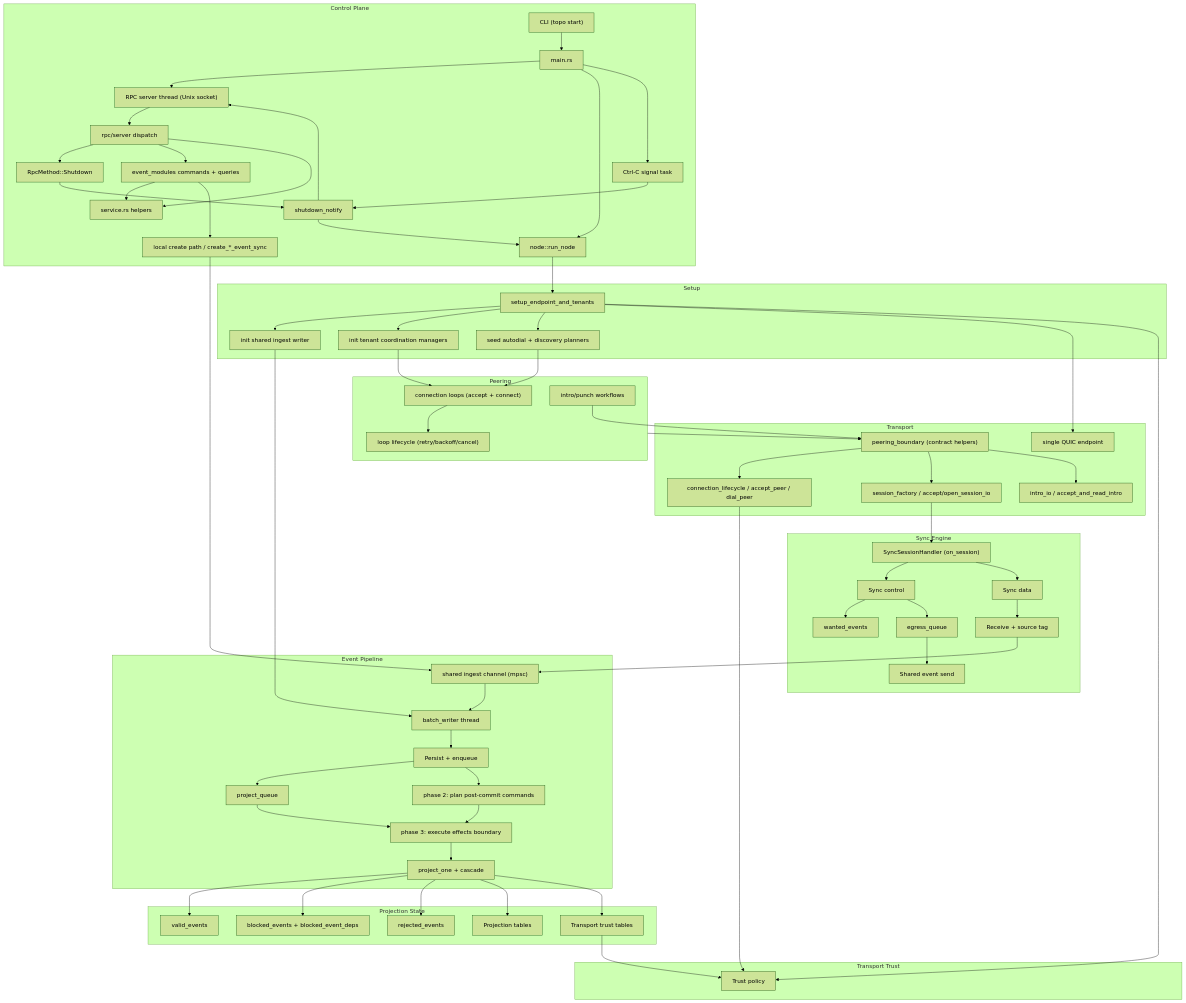
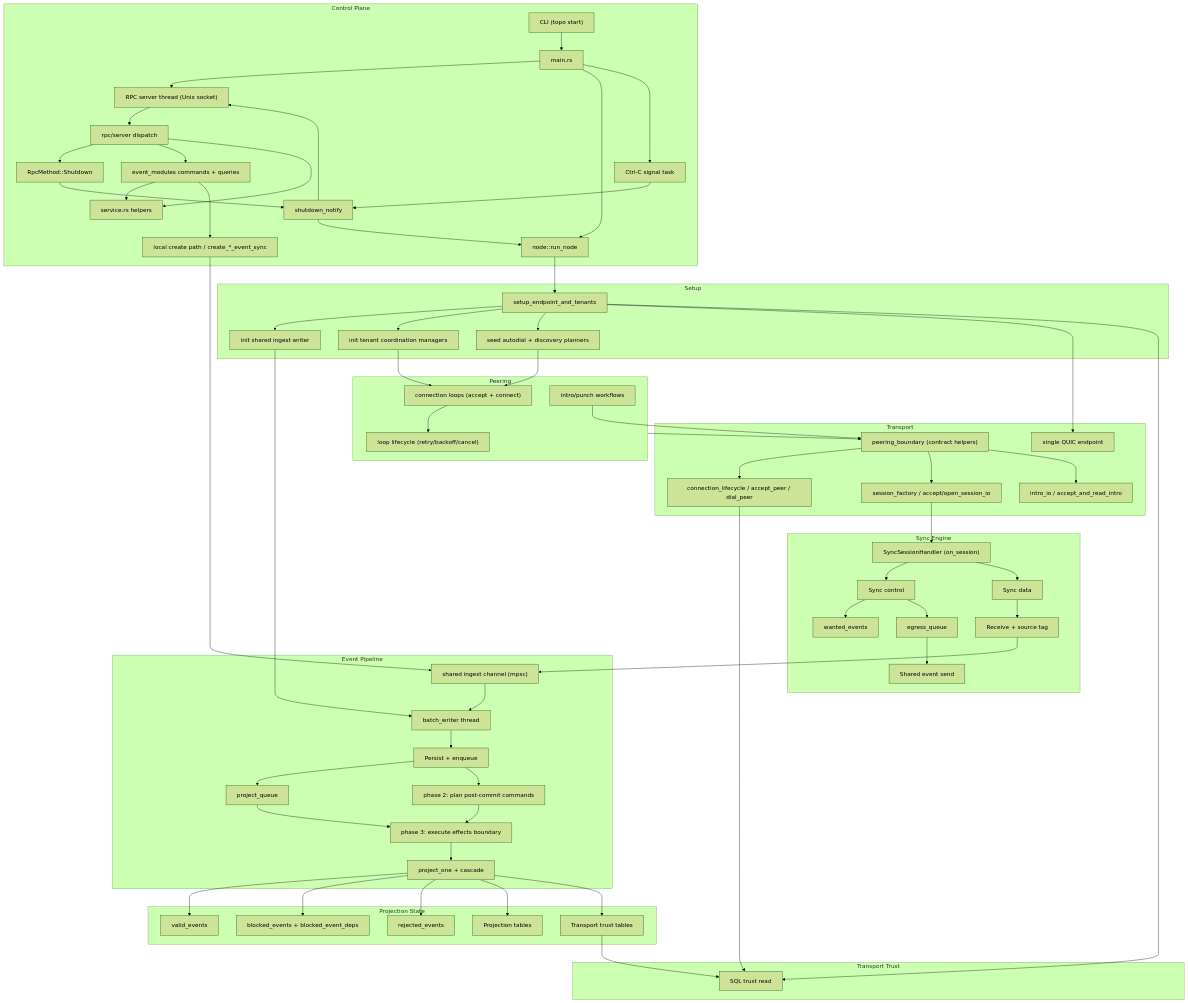
One commit to holmesworcester/topo changed the fifth of 5 diagrams in docs/CURRENT_RUNTIME_DIAGRAM.md. Above: the diagram before and after it, drawn with Mermaid (forest theme). The commit also changed other lines of this file, not shown here.

Commit message:
Update runtime diagram for direct SQL trust reads

```diff
--- a/docs/CURRENT_RUNTIME_DIAGRAM.md
+++ b/docs/CURRENT_RUNTIME_DIAGRAM.md
@@ -180,7 +180,7 @@
     end
 
     subgraph TRUST_POL["Transport Trust"]
-      TRUST["Trust policy"]
+      TRUST["SQL trust read"]
     end
 
     START --> EP
```
